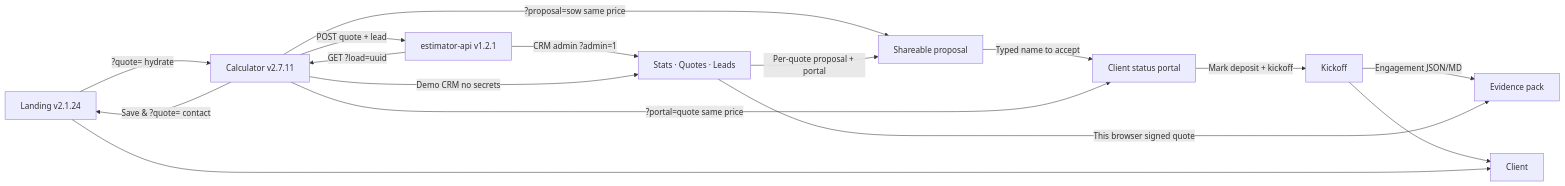
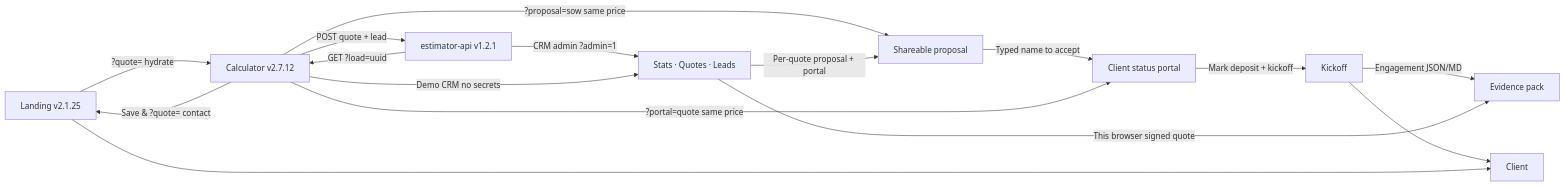
Before and after one commit to pixellayer7-jpg/pixellayer7-jpg: the diagram in README.md, drawn with Mermaid. The commit also changed other lines of this file and 4 other files, not shown here.

Commit message:
docs: landing v2.1.25, calculator v2.7.12

````diff
--- a/README.md
+++ b/README.md
@@ -21,18 +21,18 @@
 ```mermaid
 flowchart LR
-  A[Landing v2.1.24] -->|?quote= hydrate| B[Calculator v2.7.11]
+  A[Landing v2.1.25] -->|?quote= hydrate| B[Calculator v2.7.12]
   B -->|Save & ?quote= contact| A
   B -->|?proposal=sow same price| R[Shareable proposal]
   R -->|Typed name to accept| P[Client status portal]
   P -->|Mark deposit + kickoff| K[Kickoff]
   K -->|Engagement JSON/MD| X[Evidence pack]
   B -->|?portal=quote same price| P
   B -->|POST quote + lead| D[estimator-api v1.2.1]
   D -->|CRM admin ?admin=1| E[Stats · Quotes · Leads]
   B -->|Demo CRM no secrets| E
   E -->|This browser signed quote| X
   E -->|Per-quote proposal + portal| R
   K --> F[Client]
   D -->|GET ?load=uuid| B
   A --> F[Client]
 ```
````
